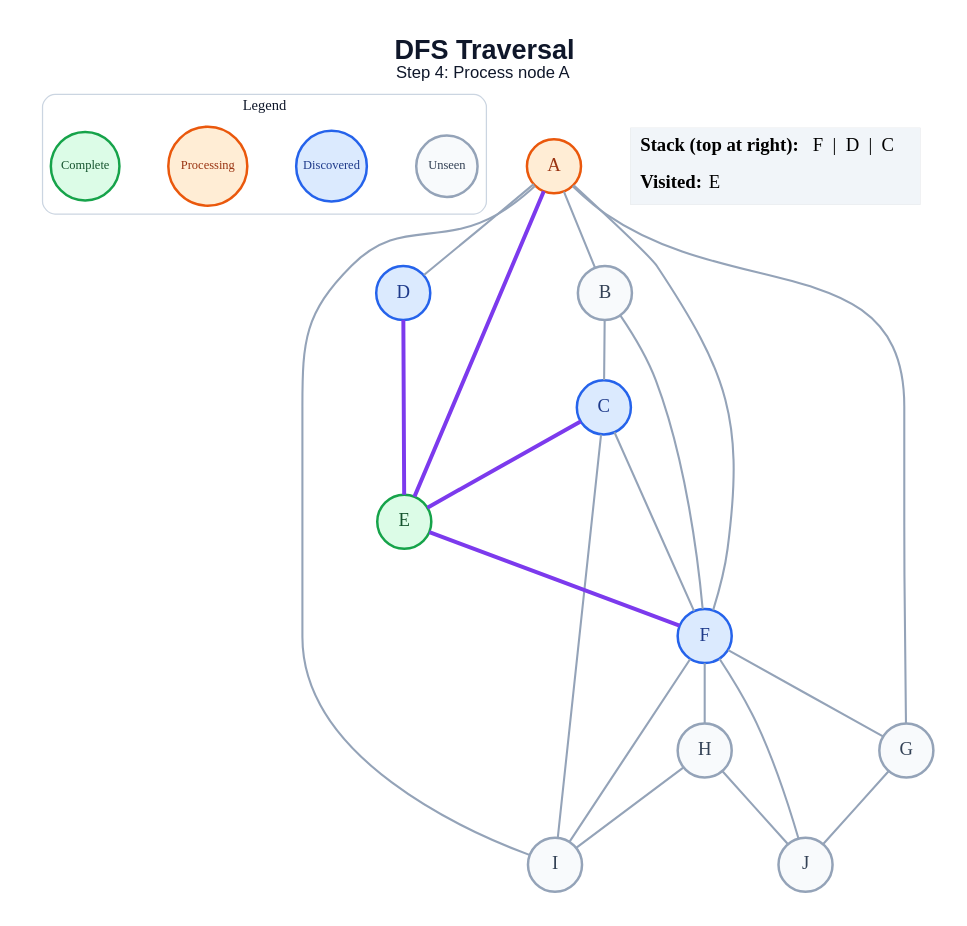
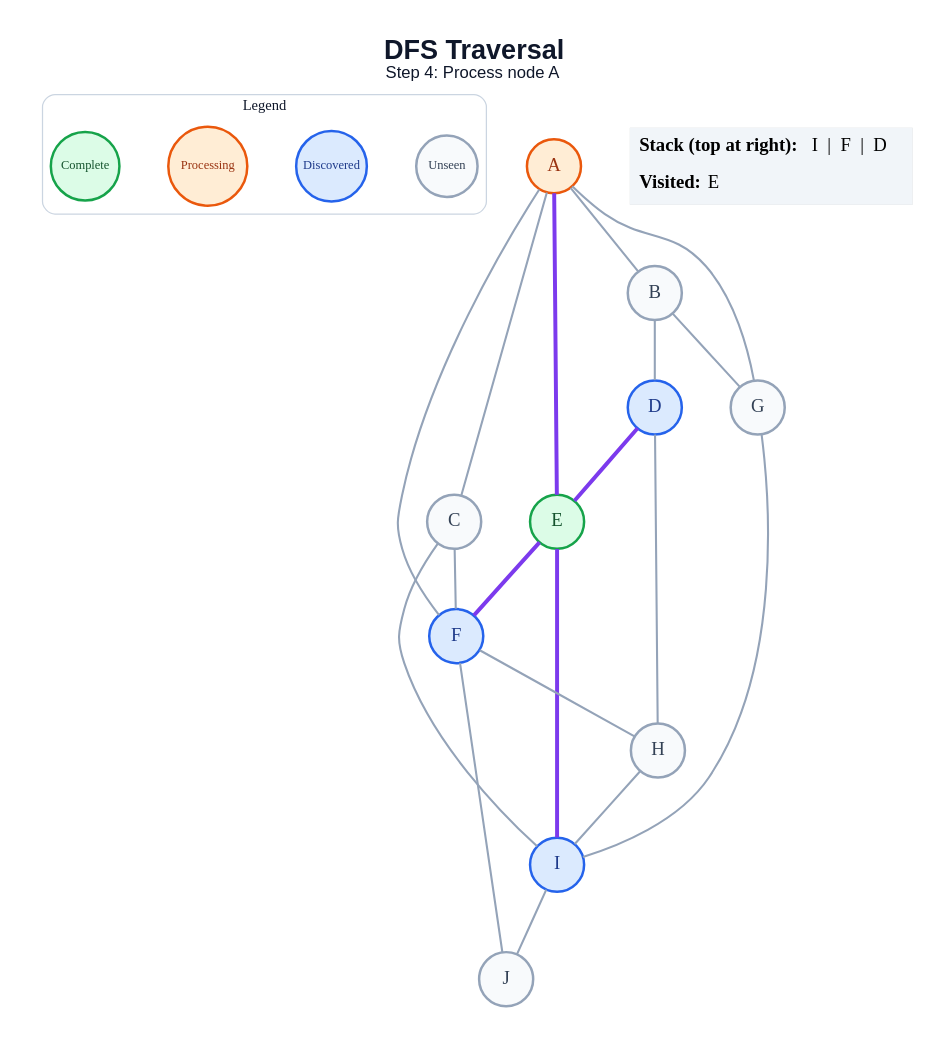
The diagram in generated/specific-node/dfs/step_04.dot (amanghodawala9/ai-slop), drawn with Graphviz before and after one commit. The commit also changed 178 other files, not shown here.

```diff
--- a/generated/specific-node/dfs/step_04.dot
+++ b/generated/specific-node/dfs/step_04.dot
@@ -1,49 +1,47 @@
 graph traversal {
   graph [layout=dot, rankdir=TB, bgcolor="#FFFFFF", pad="0.35", nodesep="0.65", ranksep="0.8", fontname="Arial"];
   node [shape=circle, style="filled", fontname="Arial Bold", fontsize=18, width=0.72, fixedsize=true, penwidth=2.4];
   edge [color="#94A3B8", penwidth=2.0];
   label=<<B>DFS Traversal</B><BR/><FONT POINT-SIZE="16">Step 4: Process node A</FONT>>; labelloc="t"; fontsize=26; fontname="Arial"; fontcolor="#0F172A";
   subgraph cluster_legend { label="Legend"; color="#CBD5E1"; penwidth=1.2; style="rounded"; fontsize=14; fontname="Arial Bold";
     key_unseen [label="Unseen", fillcolor="#F8FAFC", color="#94A3B8", fontcolor="#334155", fontsize=12, width=0.82];
     key_frontier [label="Discovered", fillcolor="#DBEAFE", color="#2563EB", fontcolor="#1E3A8A", fontsize=12, width=0.95];
     key_current [label="Processing", fillcolor="#FFEDD5", color="#EA580C", fontcolor="#9A3412", fontsize=12, width=1.05];
     key_done [label="Complete", fillcolor="#DCFCE7", color="#16A34A", fontcolor="#14532D", fontsize=12, width=0.92];
     { rank=same; key_unseen; key_frontier; key_current; key_done; }
   }
   A [fillcolor="#FFEDD5", color="#EA580C", fontcolor="#9A3412"];
   B [fillcolor="#F8FAFC", color="#94A3B8", fontcolor="#334155"];
-  C [fillcolor="#DBEAFE", color="#2563EB", fontcolor="#1E3A8A"];
+  C [fillcolor="#F8FAFC", color="#94A3B8", fontcolor="#334155"];
   D [fillcolor="#DBEAFE", color="#2563EB", fontcolor="#1E3A8A"];
   E [fillcolor="#DCFCE7", color="#16A34A", fontcolor="#14532D"];
   F [fillcolor="#DBEAFE", color="#2563EB", fontcolor="#1E3A8A"];
   G [fillcolor="#F8FAFC", color="#94A3B8", fontcolor="#334155"];
   H [fillcolor="#F8FAFC", color="#94A3B8", fontcolor="#334155"];
-  I [fillcolor="#F8FAFC", color="#94A3B8", fontcolor="#334155"];
+  I [fillcolor="#DBEAFE", color="#2563EB", fontcolor="#1E3A8A"];
   J [fillcolor="#F8FAFC", color="#94A3B8", fontcolor="#334155"];
   A -- B;
-  A -- D;
+  A -- C;
   A -- E [color="#7C3AED", penwidth=3.8];
   A -- F;
   A -- G;
-  A -- I;
-  B -- C;
-  B -- F;
-  C -- E [color="#7C3AED", penwidth=3.8];
+  B -- D;
+  B -- G;
   C -- F;
   C -- I;
   D -- E [color="#7C3AED", penwidth=3.8];
+  D -- H;
   E -- F [color="#7C3AED", penwidth=3.8];
-  F -- G;
+  E -- I [color="#7C3AED", penwidth=3.8];
   F -- H;
-  F -- I;
   F -- J;
-  G -- J;
+  G -- I;
   H -- I;
-  H -- J;
+  I -- J;
   status [shape=plain, fixedsize=false, width=0, height=0, margin=0, label=<
     <TABLE BORDER="0" CELLBORDER="0" CELLPADDING="7" BGCOLOR="#F1F5F9">
-      <TR><TD ALIGN="LEFT"><B>Stack (top at right):</B> F  |  D  |  C</TD></TR>
+      <TR><TD ALIGN="LEFT"><B>Stack (top at right):</B> I  |  F  |  D</TD></TR>
       <TR><TD ALIGN="LEFT"><B>Visited:</B> E</TD></TR>
     </TABLE>
   >];
 }
```
